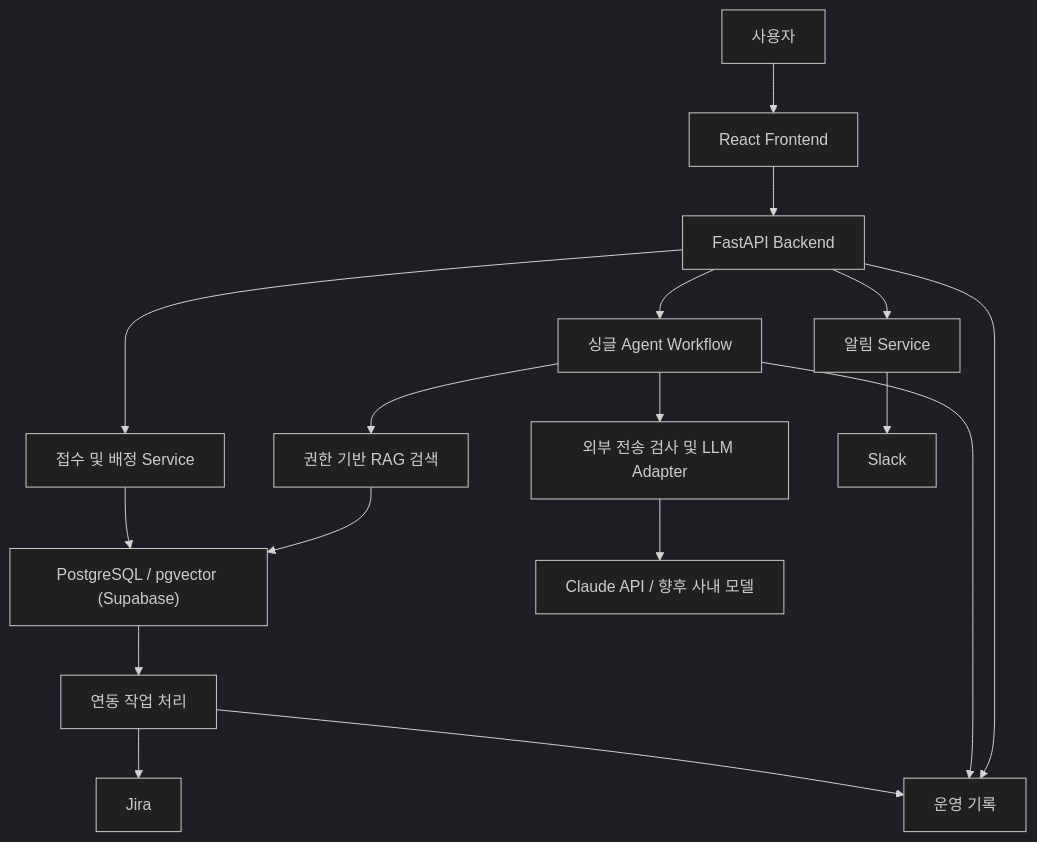
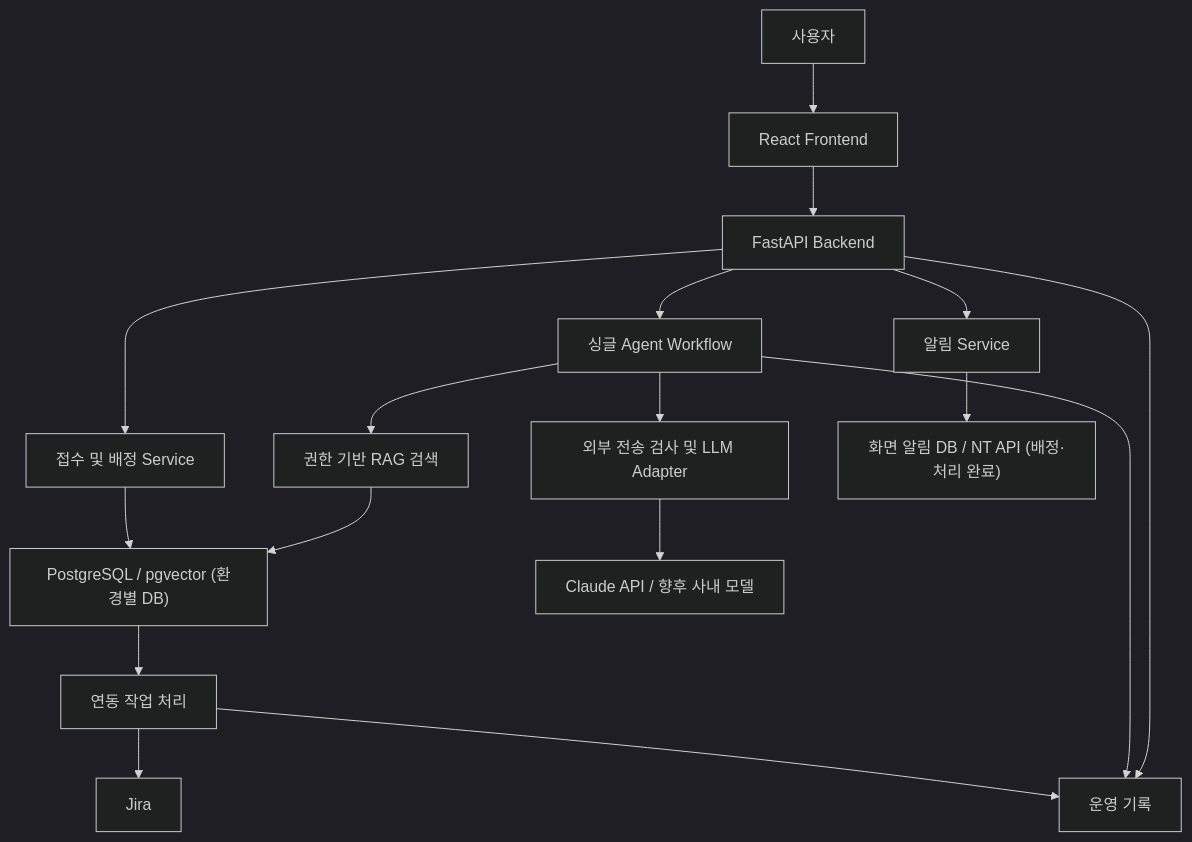
The first of 5 diagrams in docs/04.시스템_설계서.md (issue-helpdesk/issue-helpdesk), drawn with Mermaid (dark theme) before and after one commit. The commit also changed other lines of this file and 12 other files, not shown here.

````diff
--- a/docs/04.시스템_설계서.md
+++ b/docs/04.시스템_설계서.md
@@ -178,24 +133,24 @@
 ```mermaid
 flowchart TD
     U["사용자"] --> F["React Frontend"]
     F --> B["FastAPI Backend"]
 
     B --> A["싱글 Agent Workflow"]
     A --> R["권한 기반 RAG 검색"]
     A --> M["외부 전송 검사 및 LLM Adapter"]
 
-    R --> D["PostgreSQL / pgvector (Supabase)"]
+    R --> D["PostgreSQL / pgvector (환경별 DB)"]
     M --> L["Claude API / 향후 사내 모델"]
 
     B --> T["접수 및 배정 Service"]
     T --> D
     D --> W["연동 작업 처리"]
     W --> J["Jira"]
 
     B --> N["알림 Service"]
-    N --> S["Slack"]
+    N --> S["화면 알림 DB / NT API (배정·처리 완료)"]
 
     B --> O["운영 기록"]
     A --> O
     W --> O
 ```
````
